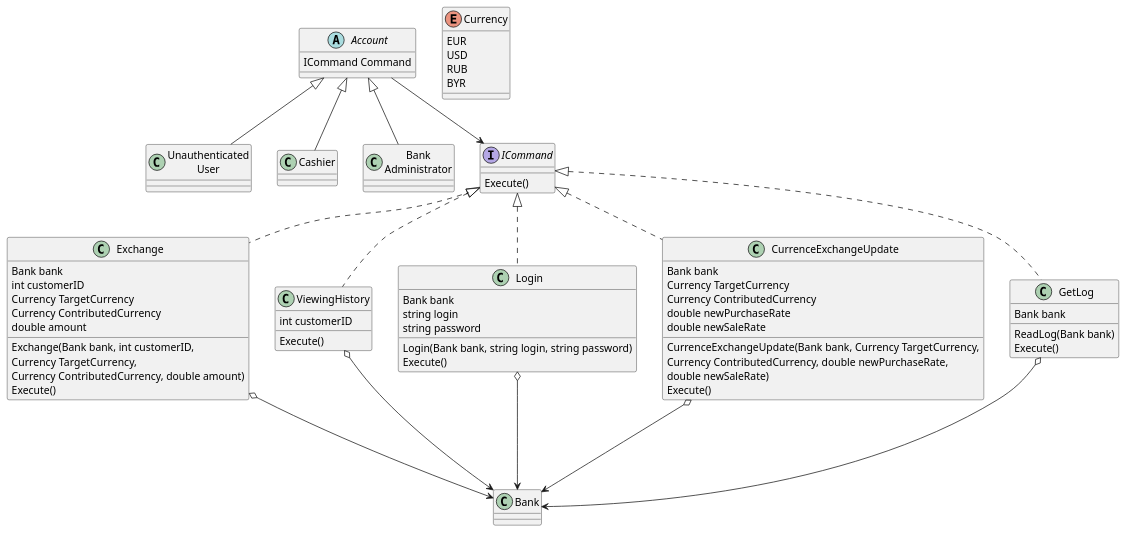
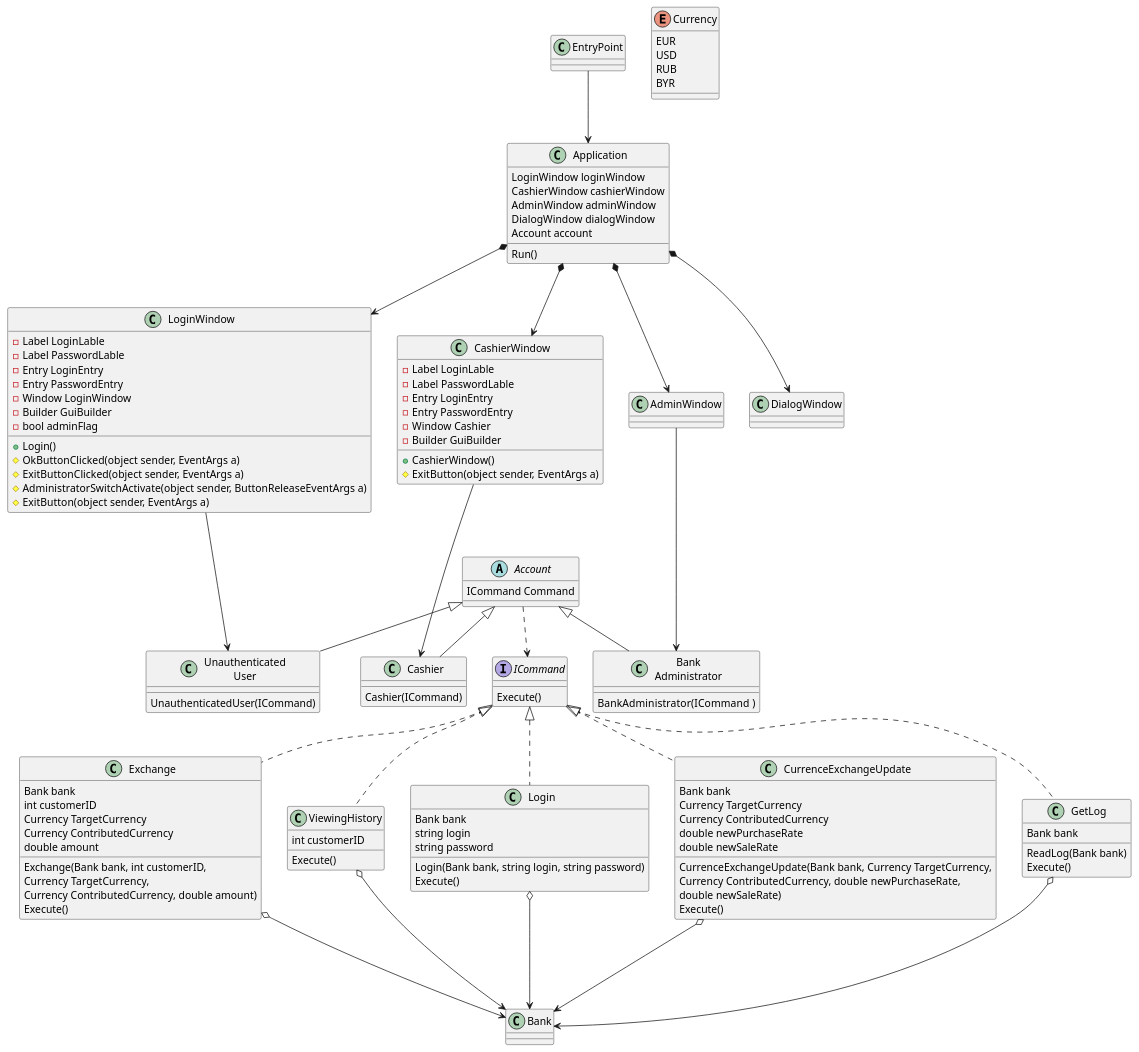
Before and after one commit to DanilaKe/ExchangeOfficeApplication: the diagram in ExchangeOfficeApplication/UML/ClassDiagram.puml, drawn with PlantUML.

Commit message:
Edit class diagram.

```diff
--- a/ExchangeOfficeApplication/UML/ClassDiagram.puml
+++ b/ExchangeOfficeApplication/UML/ClassDiagram.puml
@@ -1,99 +1,170 @@
 @startuml
 abstract class Account
 class Unauthenticated\nUser
 class Cashier
 class Bank\nAdministrator
 class Exchange
 class ViewingHistory
 class Login
 class CurrenceExchangeUpdate
 class GetLog
 class Bank
+class EntryPoint
+class Application
+class LoginWindow
+class CashierWindow
+class AdminWindow
+class DialogWindow
 interface ICommand
 
 enum Currency 
 {
     EUR
     USD
     RUB
     BYR
 }
 
 interface ICommand
 {
     Execute()
 }
 
 class ViewingHistory
 {
     int customerID
     
     Execute()
 }
 
 class Exchange
 {
     Bank bank
     int customerID
     Currency TargetCurrency
     Currency ContributedCurrency
     double amount
     
     Exchange(Bank bank, int customerID,\nCurrency TargetCurrency,\nCurrency ContributedCurrency, double amount)
     Execute()
 }
 
 class GetLog
 {
     Bank bank
     
     ReadLog(Bank bank)
     Execute()
 }
 
 class CurrenceExchangeUpdate
 {
     Bank bank
     Currency TargetCurrency
     Currency ContributedCurrency
     double newPurchaseRate
     double newSaleRate
     
     CurrenceExchangeUpdate(Bank bank, Currency TargetCurrency,\nCurrency ContributedCurrency, double newPurchaseRate,\ndouble newSaleRate)
     Execute()
 }
 
 class Login
 {
     Bank bank
     string login
     string password
     
     Login(Bank bank, string login, string password)
     Execute()
 }
 
 abstract class Account
 {
     ICommand Сommand
 }
 
-Account --> ICommand
+class Application
+{
+    LoginWindow loginWindow
+    CashierWindow cashierWindow
+    AdminWindow adminWindow
+    DialogWindow dialogWindow
+    Account account
+    Run()
+}
+
+class Unauthenticated\nUser
+{
+    UnauthenticatedUser(ICommand)
+}
+
+class Cashier
+{
+    Cashier(ICommand)
+}
+
+class Bank\nAdministrator
+{
+    BankAdministrator(ICommand  )
+}
+
+class LoginWindow
+{
+    -Label LoginLable
+    -Label PasswordLable
+    -Entry LoginEntry
+    -Entry PasswordEntry
+    -Window LoginWindow
+    -Builder GuiBuilder
+    -bool adminFlag
+    
+    +Login()
+    #OkButtonClicked(object sender, EventArgs a)
+    #ExitButtonClicked(object sender, EventArgs a)
+    #AdministratorSwitchActivate(object sender, ButtonReleaseEventArgs a)
+    #ExitButton(object sender, EventArgs a)
+}
+
+class CashierWindow
+{
+            -Label LoginLable
+            -Label PasswordLable
+            -Entry LoginEntry
+            -Entry PasswordEntry
+            -Window Cashier
+            -Builder GuiBuilder
+            
+            +CashierWindow()
+            #ExitButton(object sender, EventArgs a)
+}   
+
+Account ..> ICommand
 
 Account <|-- Unauthenticated\nUser
 Account <|-- Cashier
 Account <|-- Bank\nAdministrator
 
 ICommand <|.. Login
 ICommand <|.. CurrenceExchangeUpdate
 ICommand <|.. GetLog
 ICommand <|.. Exchange
 ICommand <|.. ViewingHistory
 
 Login o---> Bank
 CurrenceExchangeUpdate o---> Bank
 GetLog o---> Bank
 Exchange o---> Bank
 ViewingHistory o---> Bank
 
+EntryPoint --> Application
+Application *--> LoginWindow 
+Application *--> AdminWindow
+Application *--> DialogWindow
+Application *--> CashierWindow
+
+CashierWindow ---> Cashier 
+LoginWindow ---> Unauthenticated\nUser
+AdminWindow ---> Bank\nAdministrator
+
 @enduml
```
